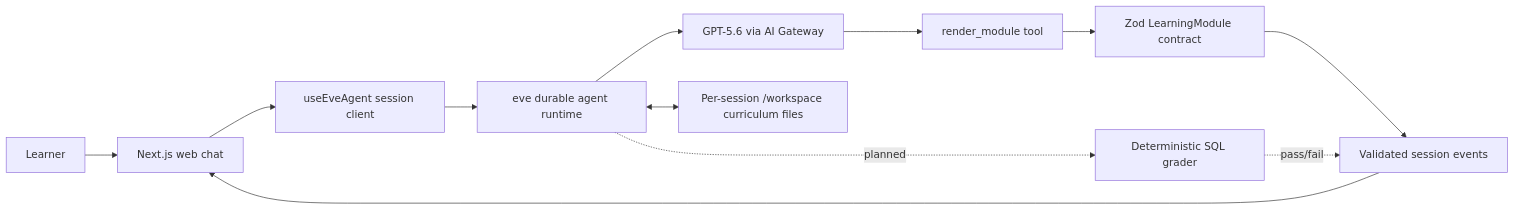
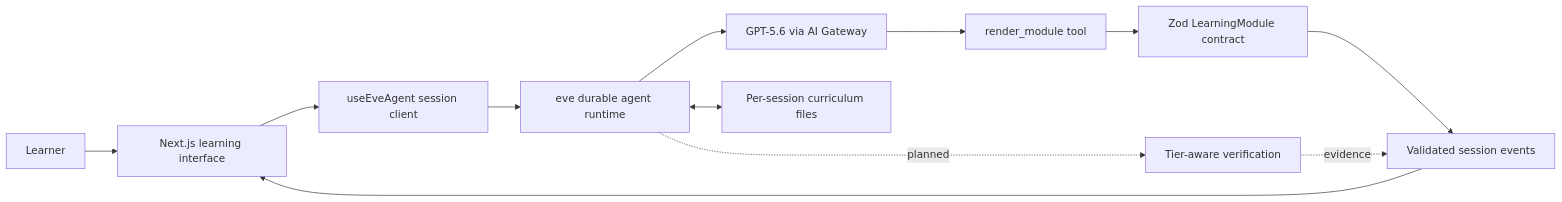
One commit to tmoody1973/dean-app changed the diagram in README.md. Above: the diagram before and after it, drawn with Mermaid. The commit also changed other lines of this file, not shown here.

Commit message:
docs: align README with professional learning roadmap

````diff
--- a/README.md
+++ b/README.md
@@ -113,14 +202,14 @@
 ```mermaid
 flowchart LR
-    Learner["Learner"] --> Web["Next.js web chat"]
+    Learner["Learner"] --> Web["Next.js learning interface"]
     Web --> Hook["useEveAgent session client"]
     Hook --> Runtime["eve durable agent runtime"]
     Runtime --> Model["GPT-5.6 via AI Gateway"]
-    Runtime <--> Workspace["Per-session /workspace curriculum files"]
+    Runtime <--> Workspace["Per-session curriculum files"]
     Model --> Tool["render_module tool"]
     Tool --> Schema["Zod LearningModule contract"]
     Schema --> Events["Validated session events"]
     Events --> Web
-    Runtime -. planned .-> Grader["Deterministic SQL grader"]
-    Grader -. pass/fail .-> Events
+    Runtime -. planned .-> Verifier["Tier-aware verification"]
+    Verifier -. evidence .-> Events
 ```
````
